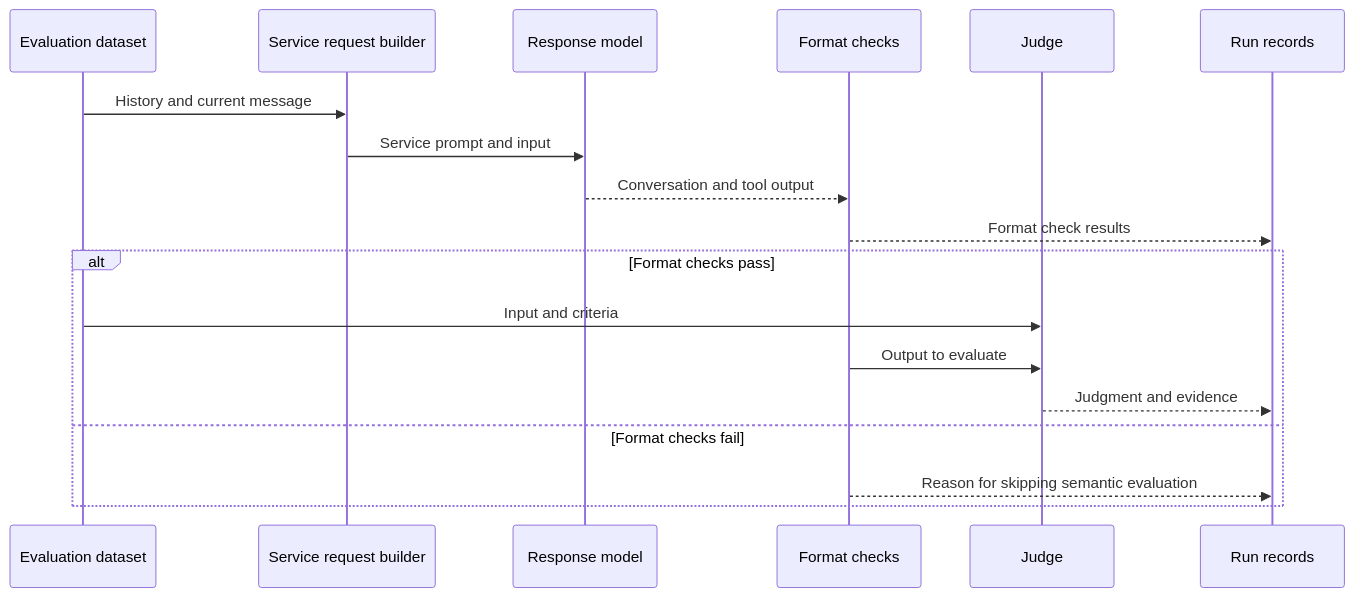
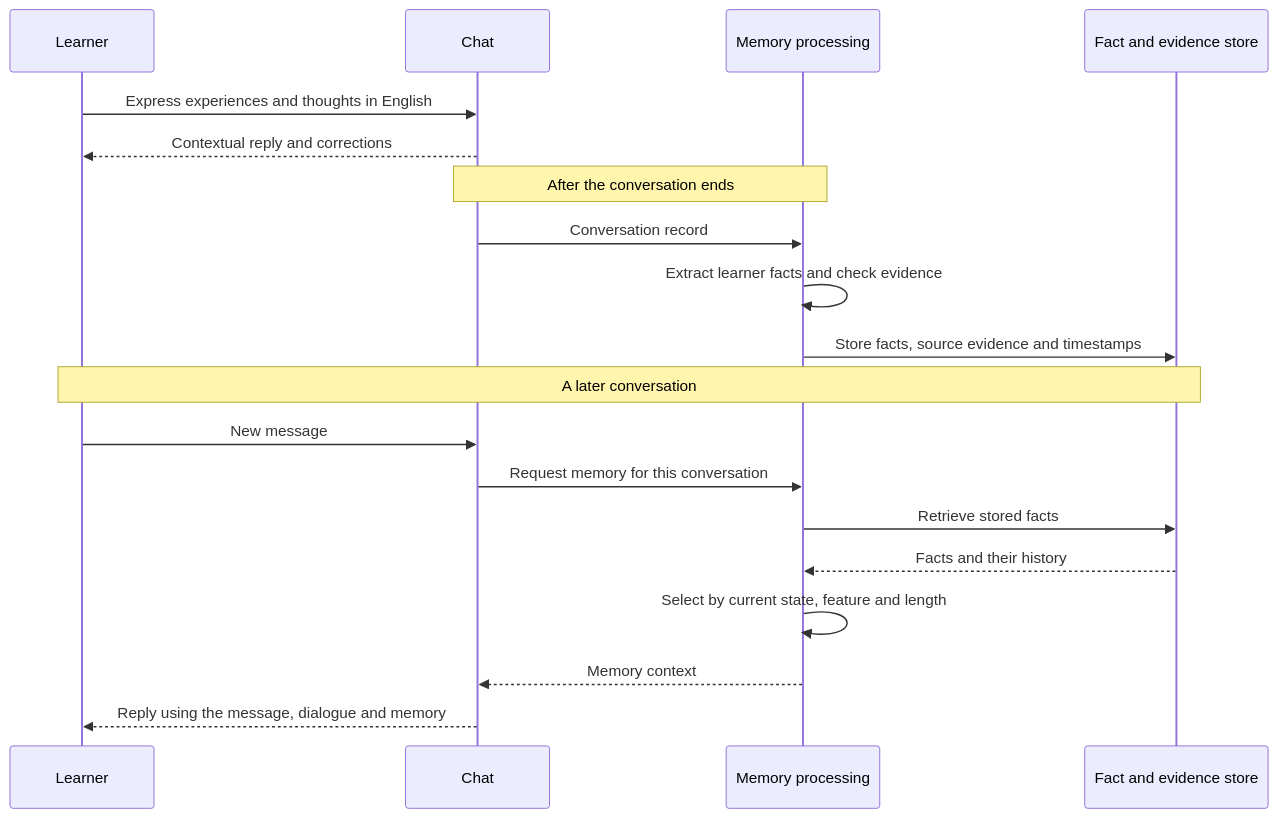
One commit to haandol/haandol.github.com changed the diagram in _en/2026-10-05-evaluating-new-agent-applications.md. Above: the diagram before and after it, drawn with Mermaid. The commit also changed other lines of this file and 5 other files, not shown here.

Commit message:
docs: explain EncBird memory and conversation evaluation

````diff
--- a/_en/2026-10-05-evaluating-new-agent-applications.md
+++ b/_en/2026-10-05-evaluating-new-agent-applications.md
@@ -188,20 +41,21 @@
 ```mermaid
 sequenceDiagram
-    participant D as Evaluation dataset
-    participant P as Service request builder
-    participant M as Response model
-    participant V as Format checks
-    participant J as Judge
-    participant R as Run records
-    D->>P: History and current message
-    P->>M: Service prompt and input
-    M-->>V: Conversation and tool output
-    V-->>R: Format check results
-    alt Format checks pass
-        D->>J: Input and criteria
-        V->>J: Output to evaluate
-        J-->>R: Judgment and evidence
-    else Format checks fail
-        V-->>R: Reason for skipping semantic evaluation
-    end
+    participant U as Learner
+    participant C as Chat
+    participant M as Memory processing
+    participant S as Fact and evidence store
+    U->>C: Express experiences and thoughts in English
+    C-->>U: Contextual reply and corrections
+    Note over C,M: After the conversation ends
+    C->>M: Conversation record
+    M->>M: Extract learner facts and check evidence
+    M->>S: Store facts, source evidence and timestamps
+    Note over U,S: A later conversation
+    U->>C: New message
+    C->>M: Request memory for this conversation
+    M->>S: Retrieve stored facts
+    S-->>M: Facts and their history
+    M->>M: Select by current state, feature and length
+    M-->>C: Memory context
+    C-->>U: Reply using the message, dialogue and memory
 ```
````
